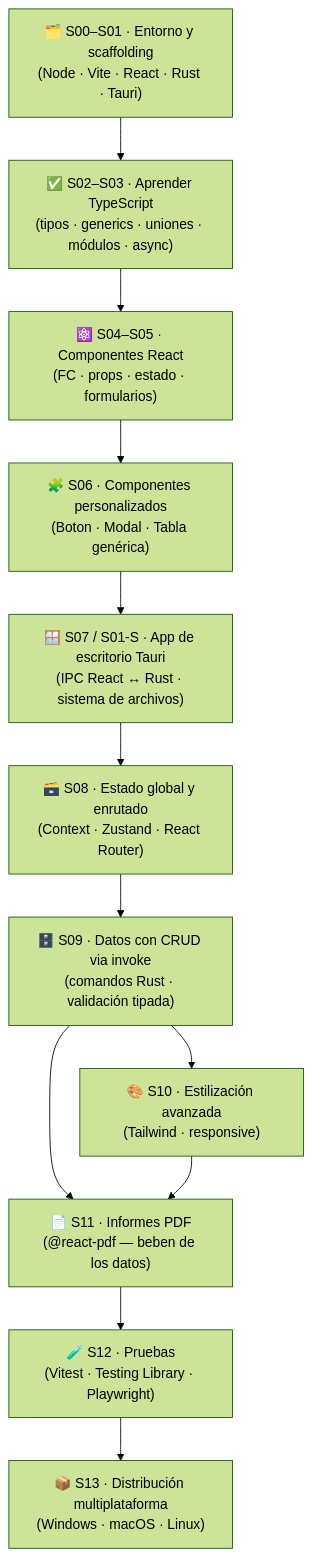
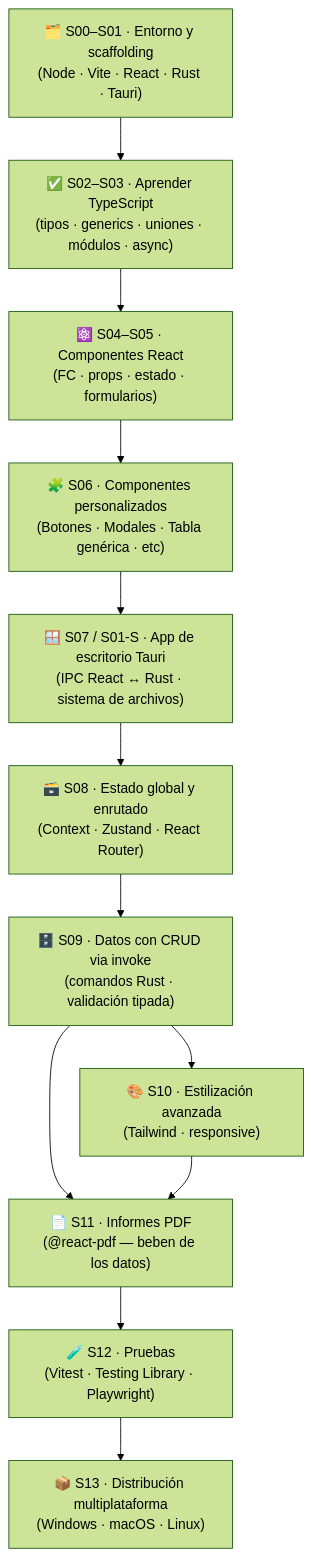
Before and after one commit to MolinaJM/DI-REACT-TAURI: the second of 2 diagrams in README.md, drawn with Mermaid (forest theme).

````diff
--- a/README.md
+++ b/README.md
@@ -90,26 +90,26 @@
 ```mermaid
 flowchart TD
     ENV["🗂️ S00–S01 · Entorno y scaffolding<br/>(Node · Vite · React · Rust · Tauri)"]
     TS["✅ S02–S03 · Aprender TypeScript<br/>(tipos · generics · uniones · módulos · async)"]
     REACT["⚛️ S04–S05 · Componentes React<br/>(FC · props · estado · formularios)"]
-    CUSTOM["🧩 S06 · Componentes personalizados<br/>(Boton · Modal · Tabla genérica)"]
+    CUSTOM["🧩 S06 · Componentes personalizados<br/>(Botones · Modales · Tabla genérica · etc)"]
     TAURI["🪟 S07 / S01-S · App de escritorio Tauri<br/>(IPC React ↔ Rust · sistema de archivos)"]
     GLOBAL["🗃️ S08 · Estado global y enrutado<br/>(Context · Zustand · React Router)"]
     CRUD["🗄️ S09 · Datos con CRUD via invoke<br/>(comandos Rust · validación tipada)"]
     STYLE["🎨 S10 · Estilización avanzada<br/>(Tailwind · responsive)"]
     PDF["📄 S11 · Informes PDF<br/>(@react-pdf — beben de los datos)"]
     TEST["🧪 S12 · Pruebas<br/>(Vitest · Testing Library · Playwright)"]
     DIST["📦 S13 · Distribución multiplataforma<br/>(Windows · macOS · Linux)"]
 
     ENV --> TS
     TS --> REACT
     REACT --> CUSTOM
     CUSTOM --> TAURI
     TAURI --> GLOBAL
     GLOBAL --> CRUD
     CRUD --> STYLE
     CRUD --> PDF
     STYLE --> PDF
     PDF --> TEST
     TEST --> DIST
 ```
````
